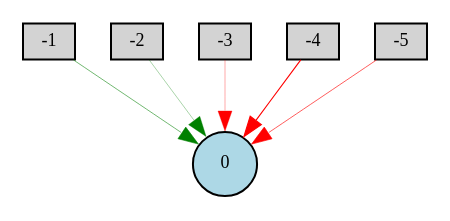
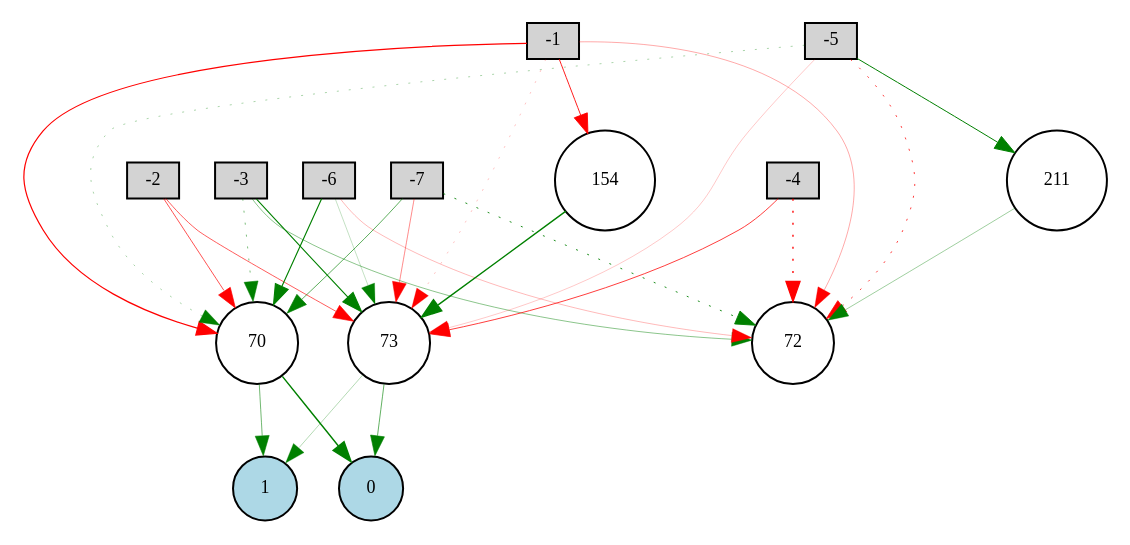
Before and after one commit to RyanEAA/NEATGoogleDino: the diagram in Digraph.gv, drawn with Graphviz. The commit also changed 4 other files, not shown here.

```diff
--- a/Digraph.gv
+++ b/Digraph.gv
@@ -1,14 +1,44 @@
 digraph {
 	node [fontsize=9 height=0.2 shape=circle width=0.2]
 	-1 [fillcolor=lightgray shape=box style=filled]
 	-2 [fillcolor=lightgray shape=box style=filled]
 	-3 [fillcolor=lightgray shape=box style=filled]
 	-4 [fillcolor=lightgray shape=box style=filled]
 	-5 [fillcolor=lightgray shape=box style=filled]
+	-6 [fillcolor=lightgray shape=box style=filled]
+	-7 [fillcolor=lightgray shape=box style=filled]
 	0 [fillcolor=lightblue style=filled]
-	-1 -> 0 [color=green penwidth=0.2800880284849402 style=solid]
-	-2 -> 0 [color=green penwidth=0.1694056918033206 style=solid]
-	-3 -> 0 [color=red penwidth=0.1711124161421727 style=solid]
-	-4 -> 0 [color=red penwidth=0.5682243367285065 style=solid]
-	-5 -> 0 [color=red penwidth=0.321885359756246 style=solid]
+	1 [fillcolor=lightblue style=filled]
+	70 [fillcolor=white style=filled]
+	72 [fillcolor=white style=filled]
+	73 [fillcolor=white style=filled]
+	211 [fillcolor=white style=filled]
+	154 [fillcolor=white style=filled]
+	-1 -> 70 [color=red penwidth=0.6096170608968766 style=solid]
+	-1 -> 72 [color=red penwidth=0.17460924541736922 style=solid]
+	-1 -> 73 [color=red penwidth=0.11914170861143394 style=dotted]
+	-2 -> 70 [color=red penwidth=0.34450012702394994 style=solid]
+	-2 -> 73 [color=red penwidth=0.3156676339474195 style=solid]
+	-3 -> 70 [color=green penwidth=0.26125773471431224 style=dotted]
+	-3 -> 72 [color=green penwidth=0.233268901301294 style=solid]
+	-3 -> 73 [color=green penwidth=0.5510098677165567 style=solid]
+	-4 -> 72 [color=red penwidth=0.6786912485292688 style=dotted]
+	-4 -> 73 [color=red penwidth=0.3840021567456213 style=solid]
+	-5 -> 70 [color=green penwidth=0.17261793315111484 style=dotted]
+	-5 -> 72 [color=red penwidth=0.37869222348719267 style=dotted]
+	-5 -> 73 [color=red penwidth=0.10764225843778422 style=solid]
+	-6 -> 70 [color=green penwidth=0.561031561739607 style=solid]
+	-6 -> 72 [color=red penwidth=0.14457750275477732 style=solid]
+	-6 -> 73 [color=green penwidth=0.12254367863129281 style=solid]
+	-7 -> 70 [color=green penwidth=0.32429489954463714 style=solid]
+	-7 -> 72 [color=green penwidth=0.4397833957279381 style=dotted]
+	-7 -> 73 [color=red penwidth=0.2344544727226134 style=solid]
+	70 -> 0 [color=green penwidth=0.730009639081378 style=solid]
+	70 -> 1 [color=green penwidth=0.2755226332433368 style=solid]
+	73 -> 0 [color=green penwidth=0.3144895581371099 style=solid]
+	73 -> 1 [color=green penwidth=0.14800082870228817 style=solid]
+	-1 -> 154 [color=red penwidth=0.4391354038905335 style=solid]
+	154 -> 73 [color=green penwidth=0.7119328965553111 style=solid]
+	-5 -> 211 [color=green penwidth=0.5001068068109933 style=solid]
+	211 -> 72 [color=green penwidth=0.18661170997741194 style=solid]
 }
```
